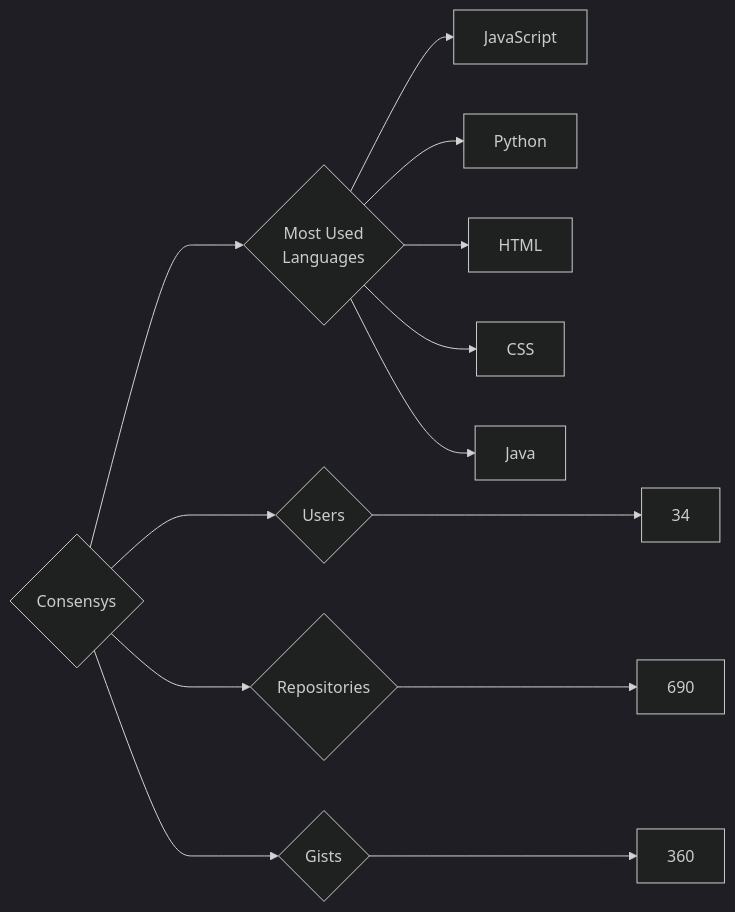
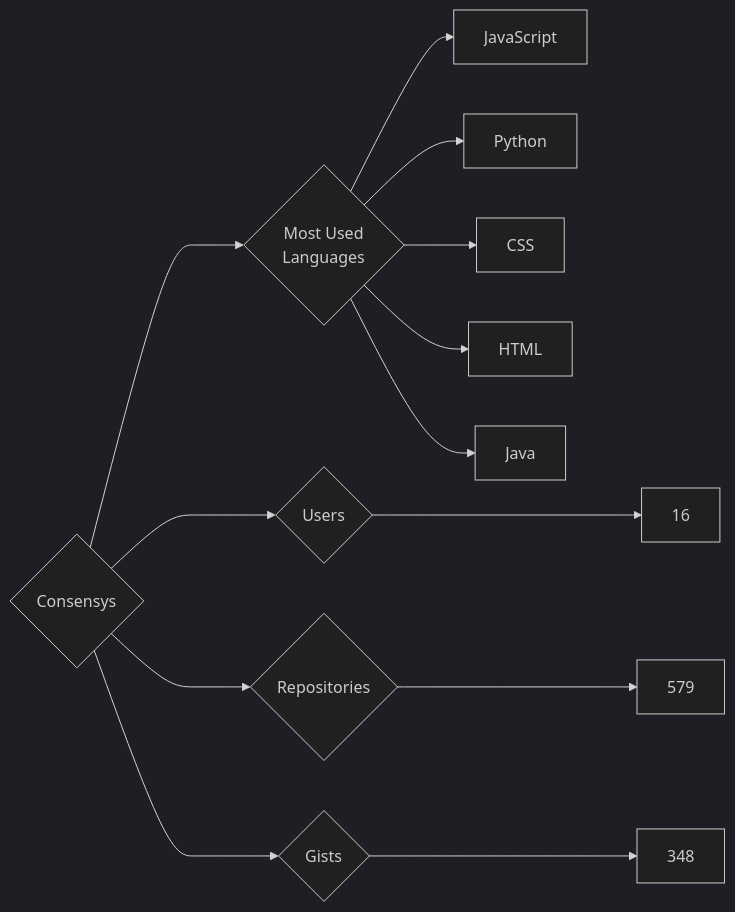
The diagram in targets/Consensys/README.md (trickest/insiders), drawn with Mermaid (dark theme) before and after one commit. The commit also changed 750 other files, not shown here.

````diff
--- a/targets/Consensys/README.md
+++ b/targets/Consensys/README.md
@@ -3,13 +3,13 @@
 ```mermaid
 graph LR
 COMPANY_NAME{Consensys}
-COMPANY_NAME ---> U{Users} ---> UN[34]
-COMPANY_NAME ---> R{Repositories} ---> RN[690]
-COMPANY_NAME ---> G{Gists} ---> GN[360]
+COMPANY_NAME ---> U{Users} ---> UN[16]
+COMPANY_NAME ---> R{Repositories} ---> RN[579]
+COMPANY_NAME ---> G{Gists} ---> GN[348]
 COMPANY_NAME ---> ML{Most Used<br>Languages}
 ML --> JavaScript[JavaScript]
 ML --> Python[Python]
+ML --> CSS[CSS]
 ML --> HTML[HTML]
-ML --> CSS[CSS]
 ML --> Java[Java]
 ```
````
